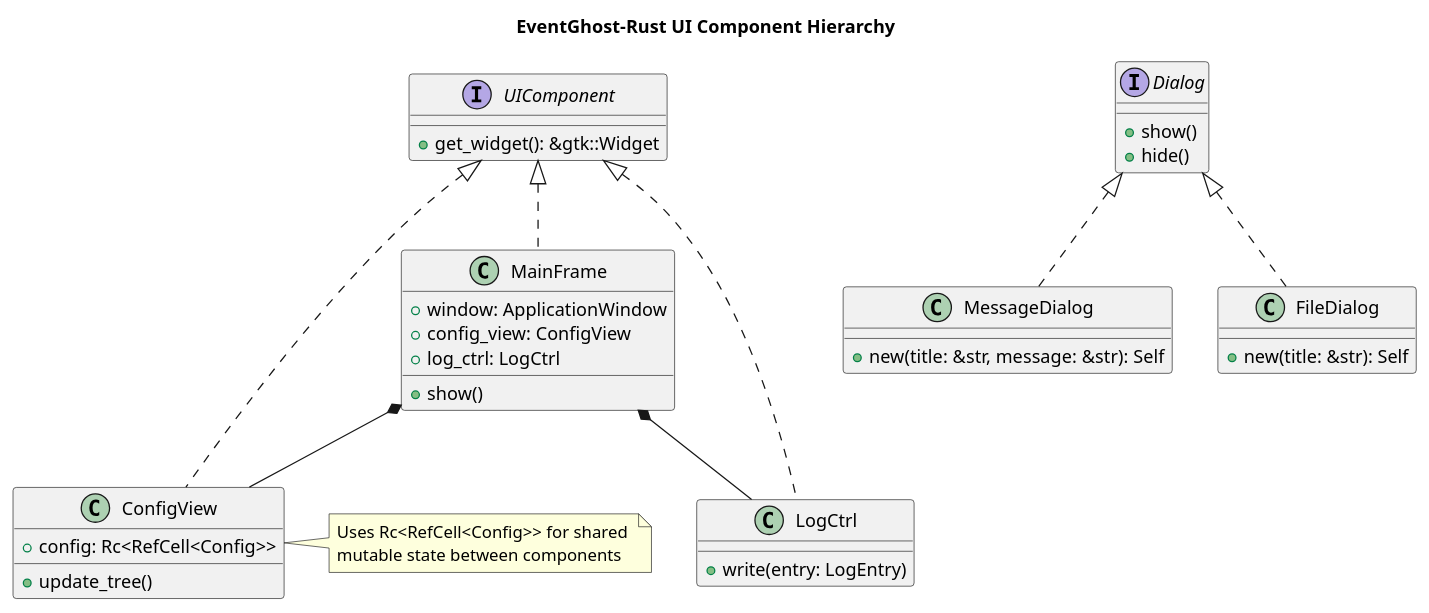
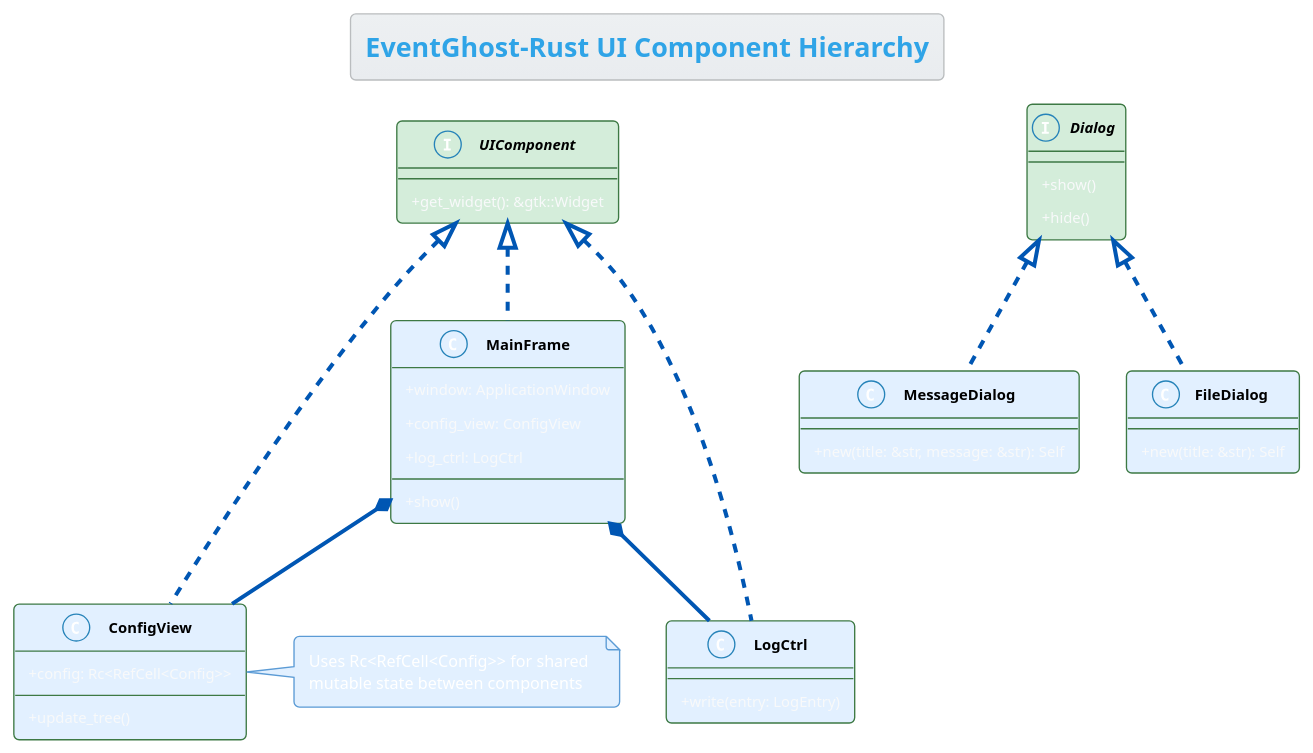
One commit to DanEdens/EventGhost-Rust changed the diagram in docs/uml/ui_components.puml. Above: the diagram before and after it, drawn with PlantUML. The commit also changed 3 other files, not shown here.

Commit message:
Improve UML diagram color schemes for better readability

```diff
--- a/docs/uml/ui_components.puml
+++ b/docs/uml/ui_components.puml
@@ -1,53 +1,64 @@
 @startuml UIComponents
+!theme cerulean
+skinparam classAttributeIconSize 0
+skinparam classFontStyle bold
+skinparam classBackgroundColor #FFFFFF
+skinparam classBorderColor #3D7944
+skinparam InterfaceBackgroundColor #D4EDDA
+skinparam ArrowColor #0056B3
+skinparam NoteBackgroundColor #E2F0FF
+skinparam NoteBorderColor #5B9BD5
+skinparam NoteTextColor #000000
+skinparam ClassFontColor #000000
 
 title "EventGhost-Rust UI Component Hierarchy"
 
-interface UIComponent {
+interface UIComponent #D4EDDA {
   +get_widget(): &gtk::Widget
 }
 
-class MainFrame {
+class MainFrame #E2F0FF {
   +window: ApplicationWindow
   +config_view: ConfigView
   +log_ctrl: LogCtrl
   +show()
 }
 
-class ConfigView {
+class ConfigView #E2F0FF {
   +config: Rc<RefCell<Config>>
   +update_tree()
 }
 
-class LogCtrl {
+class LogCtrl #E2F0FF {
   +write(entry: LogEntry)
 }
 
-interface Dialog {
+interface Dialog #D4EDDA {
   +show()
   +hide()
 }
 
-class MessageDialog {
+class MessageDialog #E2F0FF {
   +new(title: &str, message: &str): Self
 }
 
-class FileDialog {
+class FileDialog #E2F0FF {
   +new(title: &str): Self
 }
 
 UIComponent <|.. MainFrame
 UIComponent <|.. ConfigView
 UIComponent <|.. LogCtrl
 
 Dialog <|.. MessageDialog
 Dialog <|.. FileDialog
 
 MainFrame *-- ConfigView
 MainFrame *-- LogCtrl
 
 note right of ConfigView
   Uses Rc<RefCell<Config>> for shared 
   mutable state between components
 end note
 
 @enduml 
```
